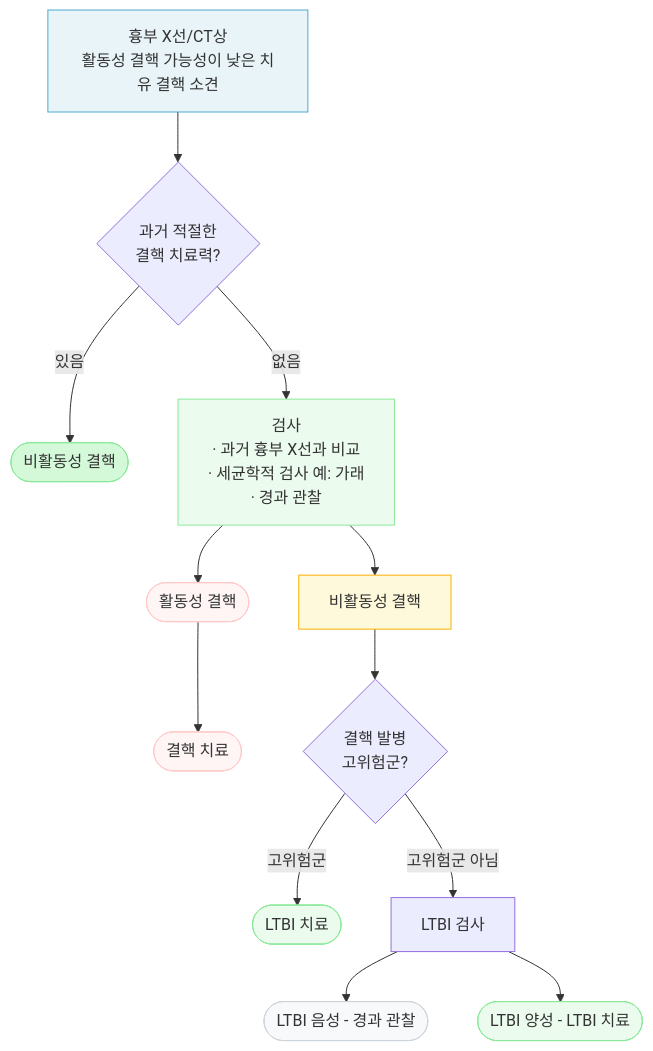
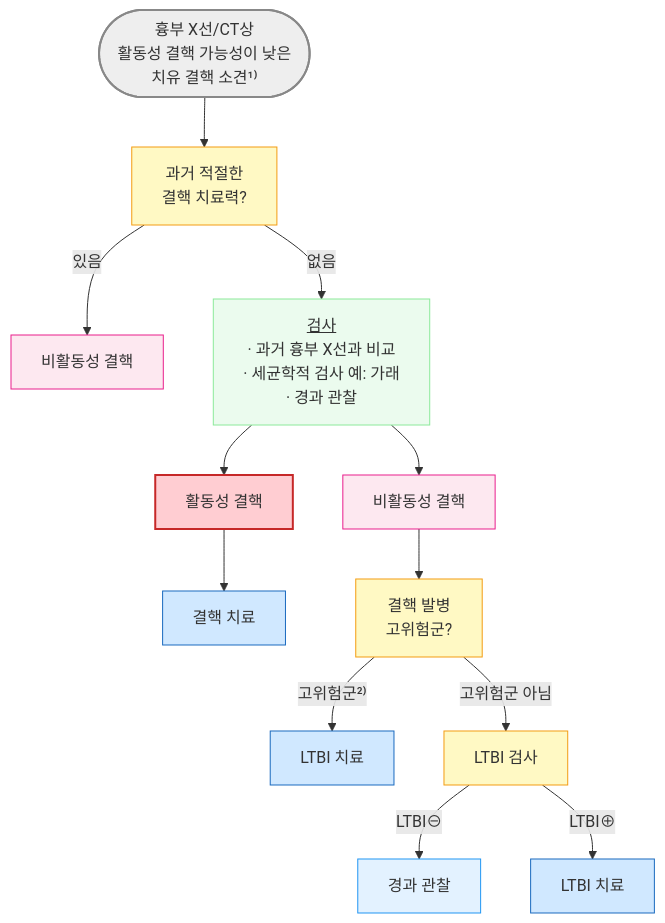
One commit to familyoh77/familyoh77 changed the second of 4 diagrams in 223_/070_-tuberculosis.md. Above: the diagram before and after it, drawn with Mermaid. The commit also changed other lines of this file, not shown here.

````diff
--- a/223_/070_-tuberculosis.md
+++ b/223_/070_-tuberculosis.md
@@ -337,37 +331,40 @@
 ```mermaid
 graph TD
-    Start["흉부 X선/CT상<br/>활동성 결핵 가능성이 낮은 치유 결핵 소견"]
-    Q1{"과거 적절한<br/>결핵 치료력?"}
-    HasTx(["비활동성 결핵"])
-    Exam["검사<br/>· 과거 흉부 X선과 비교<br/>· 세균학적 검사 예: 가래<br/>· 경과 관찰"]
-    ActiveTb(["활동성 결핵"])
-    ActiveTx(["결핵 치료"])
+    Start(["흉부 X선/CT상<br/>활동성 결핵 가능성이 낮은 <br/>치유 결핵 소견¹⁾"])
+    Q1["과거 적절한<br/>결핵 치료력?"]
+    HasTx["비활동성 결핵"]
+    Exam["<u>검사</u><br/>· 과거 흉부 X선과 비교<br/>· 세균학적 검사 예: 가래<br/>· 경과 관찰"]
+    ActiveTb["활동성 결핵"]
+    ActiveTx["결핵 치료"]
     Inactive["비활동성 결핵"]
-    Q2{"결핵 발병<br/>고위험군?"}
-    HighRisk(["LTBI 치료"])
+    Q2["결핵 발병<br/>고위험군?"]
+    HighRisk["LTBI 치료"]
     NotHigh["LTBI 검사"]
-    LTBINeg(["LTBI 음성 - 경과 관찰"])
-    LTBIPos(["LTBI 양성 - LTBI 치료"])
+    LTBINeg["경과 관찰"]
+    LTBIPos["LTBI 치료"]
 
     Start --> Q1
     Q1 -->|있음| HasTx
     Q1 -->|없음| Exam
     Exam --> ActiveTb
     Exam --> Inactive
     ActiveTb --> ActiveTx
     Inactive --> Q2
-    Q2 -->|고위험군| HighRisk
+    Q2 -->|고위험군²⁾| HighRisk
     Q2 -->|고위험군 아님| NotHigh
-    NotHigh --> LTBINeg
-    NotHigh --> LTBIPos
+    NotHigh -->|LTBI⊖| LTBINeg
+    NotHigh -->|LTBI⊕| LTBIPos
 
-    style Start fill:#e8f4f8,stroke:#4dabcc
-    style HasTx fill:#d3f9d8,stroke:#8ce99a
+    style Start fill:#eeeeee,stroke:#888888,stroke-width:2px
+    classDef yellow fill:#fff9c4,stroke:#f39c12
+    class Q1,Q2,NotHigh yellow
+    classDef pink fill:#fde8f0,stroke:#e91e8c
+    class HasTx,Inactive pink
+classDef sky fill:#e3f2ff,stroke:#2196f3
+class LTBINeg sky
+classDef blue fill:#d0e8ff,stroke:#1a6abf
+class LTBIPos,HighRisk,ActiveTx blue
+style ActiveTb fill:#ffcdd2,stroke:#c62828,stroke-width:2px
     style Exam fill:#ebfbee,stroke:#8ce99a
-    style ActiveTb fill:#fff5f5,stroke:#ffc9c9
-    style ActiveTx fill:#fff5f5,stroke:#ffc9c9
-    style Inactive fill:#fff9db,stroke:#fab005
-    style HighRisk fill:#ebfbee,stroke:#8ce99a
-    style LTBINeg fill:#f8f9fa,stroke:#ced4da
-    style LTBIPos fill:#ebfbee,stroke:#8ce99a
+
 ```
````
